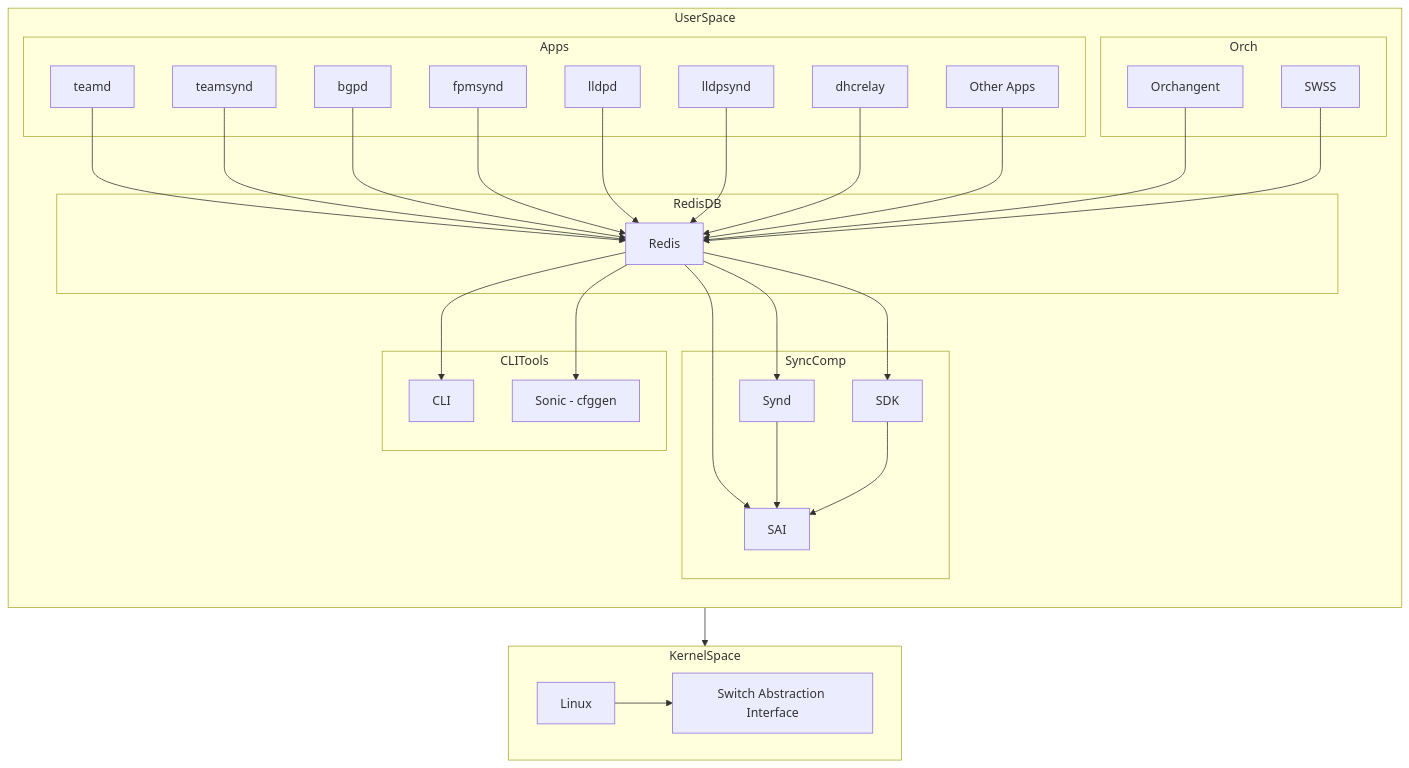
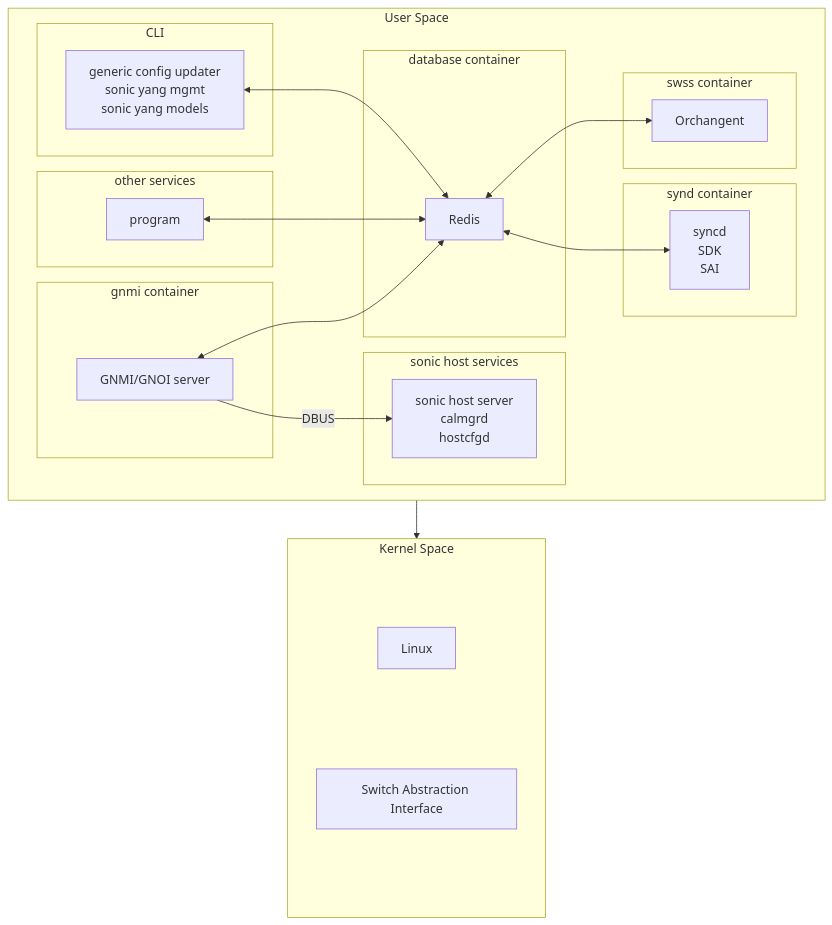
The diagram in management_plane.md (ganglyu/mermaid), drawn with Mermaid before and after one commit.

````diff
--- a/management_plane.md
+++ b/management_plane.md
@@ -1,55 +1,43 @@
 ```mermaid
 flowchart TD
-    subgraph UserSpace
-        direction TB
-        subgraph Apps
-            A[teamd]
-            B[teamsynd]
-            C[bgpd]
-            D[fpmsynd]
-            E[lldpd]
-            F[lldpsynd]
-            G[dhcrelay]
-            H[Other Apps]
+    subgraph UserSpace[User Space]
+        subgraph gnmi container
+            gnmi[GNMI/GNOI server]
         end
-        subgraph Orch
-            I[Orchangent]
-            J[SWSS]
+        subgraph sonic host services
+            hostServices[sonic host server<br>calmgrd<br>hostcfgd]
         end
-        subgraph RedisDB
-            K[Redis]
+        subgraph other services
+            program
         end
-        subgraph SyncComp
-            L[Synd]
-            M[SDK]
-            N[SAI]
+        subgraph swss container
+            Orchangent[Orchangent]
         end
-        subgraph CLITools
-            O[CLI]
-            P[Sonic - cfggen]
+        subgraph database container
+            Redis[Redis]
         end
-        A --> K
-        B --> K
-        C --> K
-        D --> K
-        E --> K
-        F --> K
-        G --> K
-        H --> K
-        I --> K
-        J --> K
-        K --> L
-        K --> M
-        K --> N
-        L --> N
-        M --> N
-        K --> O
-        K --> P
+        subgraph synd container
+            syncd[syncd<br>SDK<br>SAI]
+        end
+        subgraph CLI
+            GCU[generic config updater<br>sonic yang mgmt<br>sonic yang models]
+        end
+        gnmi <--> Redis
+        gnmi --> |DBUS|hostServices
+        program <--> Redis
+        GCU <--> Redis
+        Redis <--> Orchangent
+        Redis <--> syncd
     end
-    subgraph KernelSpace
-        Q[Linux]
-        R[Switch Abstraction Interface]
-        Q --> R
+    subgraph KernelSpace[Kernel Space]
+        KernelA[ ]
+        Linux[Linux]
+        KernelB[ ]
+        SAI[Switch Abstraction Interface]
+        KernelC[ ]
+        style KernelA visibility:hidden
+        style KernelB visibility:hidden
+        style KernelC visibility:hidden
     end
     UserSpace --> KernelSpace
 ```
````
